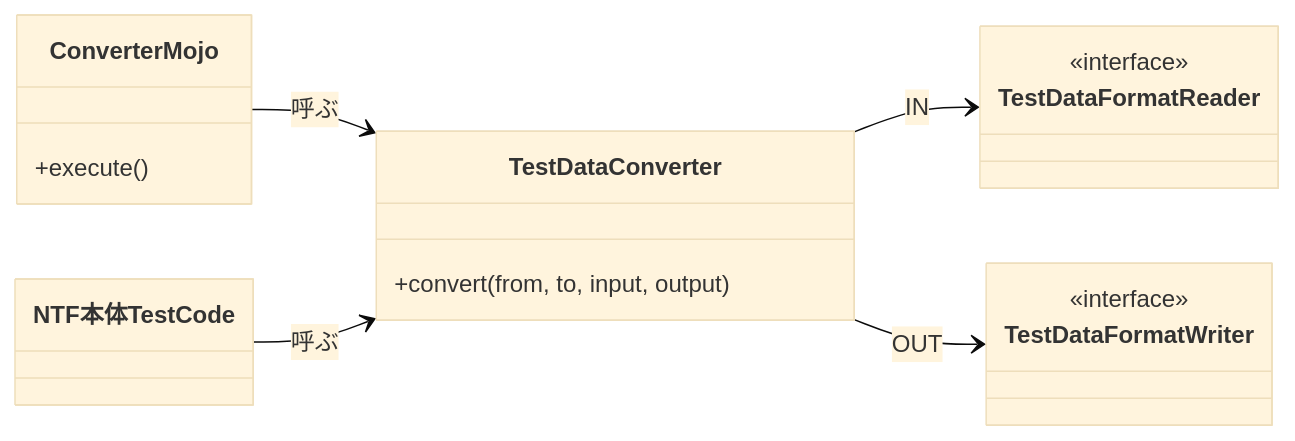
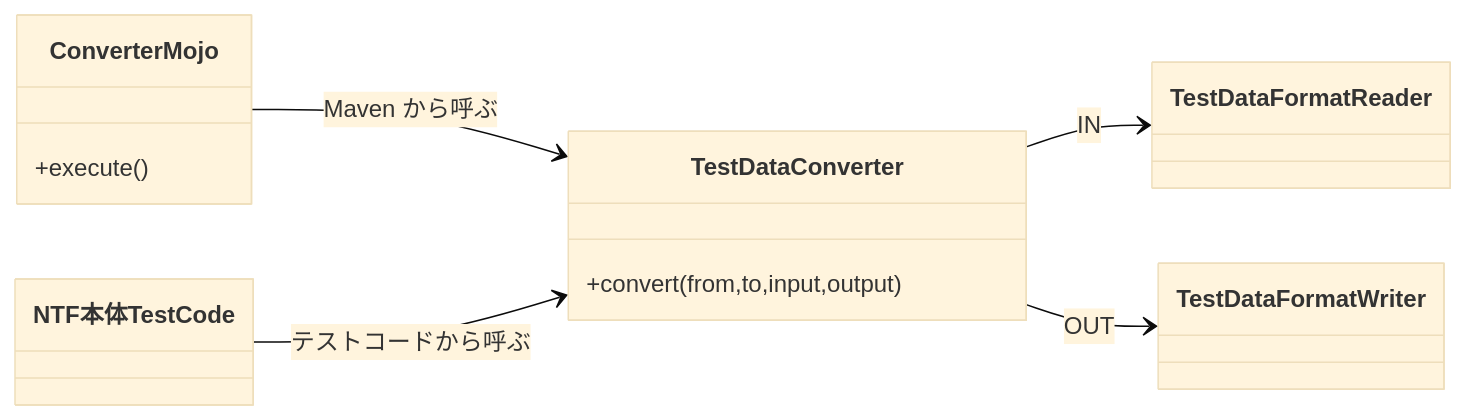
The fifth of 5 diagrams in docs/pr75/docs/testdata-converter-design.md (nablarch/nablarch-testing), drawn with Mermaid (base theme) before and after one commit. The commit also changed other lines of this file and 43 other files, not shown here.

````diff
--- a/docs/pr75/docs/testdata-converter-design.md
+++ b/docs/pr75/docs/testdata-converter-design.md
@@ -322,20 +239,10 @@
 ```mermaid
 classDiagram
 direction LR
-class ConverterMojo {
-  +execute()
-}
-class TestDataConverter {
-  +convert(from, to, input, output)
-}
-class TestDataFormatReader {
-  <<interface>>
-}
-class TestDataFormatWriter {
-  <<interface>>
-}
-ConverterMojo --> TestDataConverter : 呼ぶ
-NTF本体TestCode --> TestDataConverter : 呼ぶ
+class ConverterMojo { +execute() }
+class TestDataConverter { +convert(from,to,input,output) }
+ConverterMojo --> TestDataConverter : Maven から呼ぶ
+NTF本体TestCode --> TestDataConverter : テストコードから呼ぶ
 TestDataConverter --> TestDataFormatReader : IN
 TestDataConverter --> TestDataFormatWriter : OUT
 ```
````
